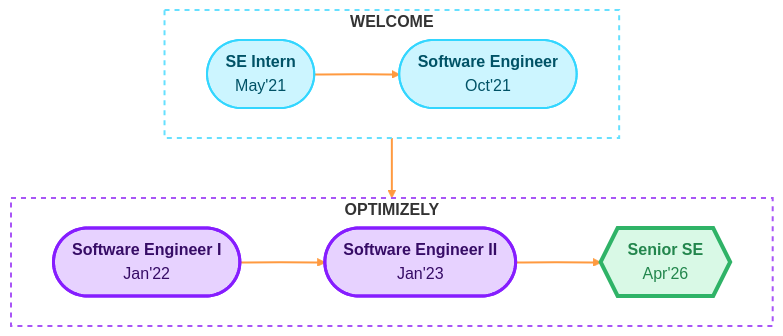
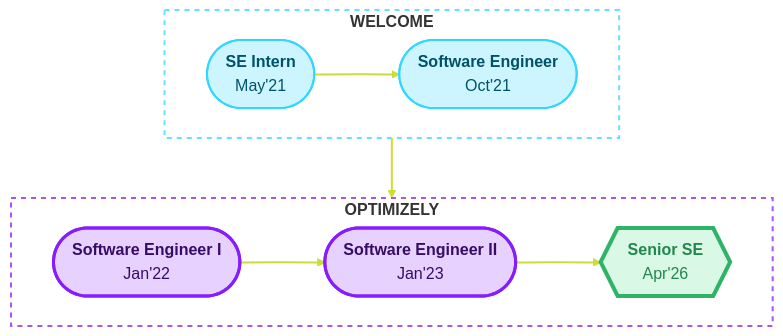
One commit to shunjid/shunjid changed the first of 2 diagrams in README.md. Above: the diagram before and after it, drawn with Mermaid.

Commit message:
Update link style color in README.md

````diff
--- a/README.md
+++ b/README.md
@@ -12,36 +12,36 @@
   ```mermaid
   %%{init: {"flowchart": {"padding": 20, "nodeSpacing": 40, "rankSpacing": 60}} }%%
 flowchart TD
     subgraph Welcome ["<b>WELCOME</b>"]
         direction LR
         A(["<b>SE Intern</b><br/>May'21"]) 
         B(["<b>Software Engineer</b><br/>Oct'21"])
         A --> B
     end
 
     subgraph Optimizely ["<b>OPTIMIZELY</b>"]
         direction LR
         C(["<b>Software Engineer I</b><br/>Jan'22"])
         D(["<b>Software Engineer II</b><br/>Jan'23"])
         E{{"<b>Senior SE</b><br/>Apr'26"}}
         C --> D --> E
     end
 
     %% Vertical Joint between subgraphs
     Welcome --> Optimizely
 
     %% Styling Boxes
     style Welcome fill:none,stroke:#66e0ff,stroke-width:2px,stroke-dasharray: 5 5
     style Optimizely fill:none,stroke:#a855f7,stroke-width:2px,stroke-dasharray: 5 5
 
     %% Styling Nodes
     style A fill:#ccf5ff,stroke:#33d6ff,stroke-width:2px,color:#005266
     style B fill:#ccf5ff,stroke:#33d6ff,stroke-width:2px,color:#005266
     style C fill:#e7d2ff,stroke:#861dff,stroke-width:3px,color:#360c66
     style D fill:#e7d2ff,stroke:#861dff,stroke-width:3px,color:#360c66
     style E fill:#d9f9e6,stroke:#2fb367,stroke-width:4px,color:#23864d
 
     %% Link Styling
-    linkStyle default stroke:#ff9a40,stroke-width:2px
+    linkStyle default stroke:#cddc39,stroke-width:2px
 
   ```
````
